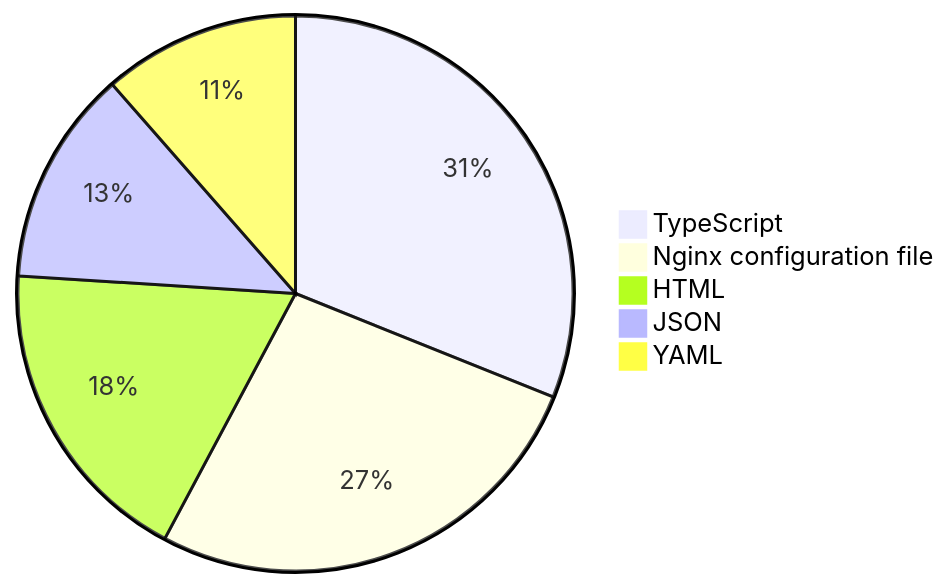
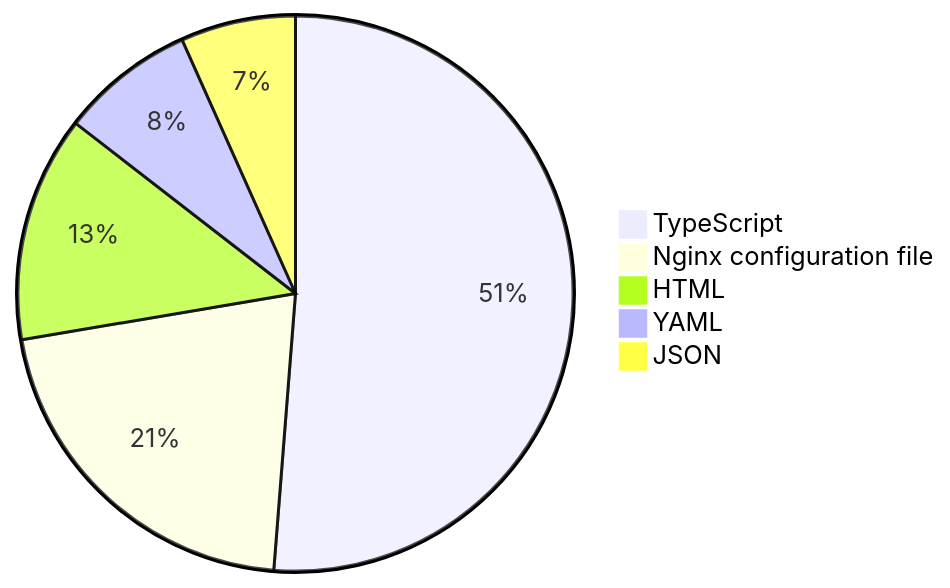
The diagram in README.md (skvggor/skvggor), drawn with Mermaid before and after one commit.

Commit message:
Updated waka-readme graph with new metrics

````diff
--- a/README.md
+++ b/README.md
@@ -28,8 +28,8 @@
 ```mermaid
 pie
-    "TypeScript" : 28.5
-    "Nginx configuration file" : 24.5
-    "HTML" : 16.7
-    "JSON" : 11.5
-    "YAML" : 10.5
+    "TypeScript" : 45.2
+    "Nginx configuration file" : 18.6
+    "HTML" : 11.6
+    "YAML" : 6.9
+    "JSON" : 5.9
 ```
````
